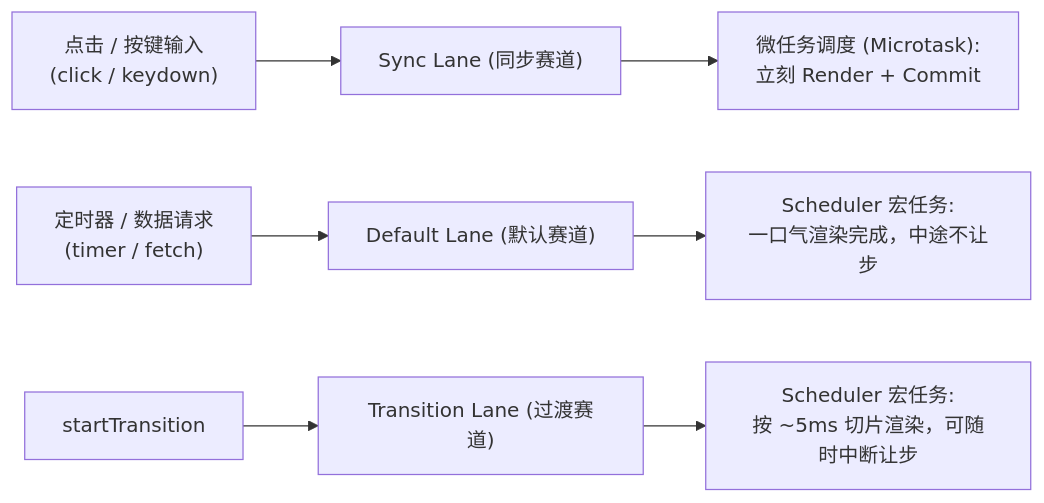
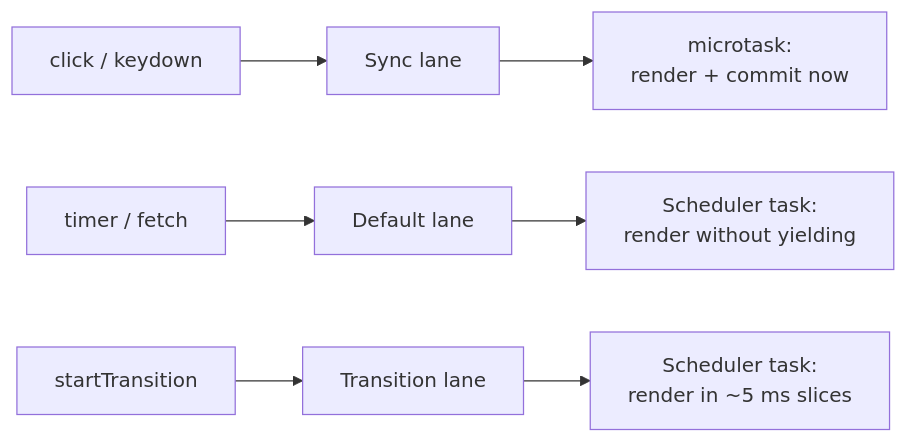
Before and after one commit to ZhaoTim/react-garden-zh: the first of 2 diagrams in content/react-concepts/07 Priorities, Transitions and Concurrency.md, drawn with Mermaid. The commit also changed other lines of this file and 12 other files, not shown here.

Commit message:
fix: restore all Mermaid diagrams to original English technical terms

````diff
--- a/content/react-concepts/07 Priorities, Transitions and Concurrency.md
+++ b/content/react-concepts/07 Priorities, Transitions and Concurrency.md
@@ -34,9 +34,9 @@
 ```mermaid
 flowchart LR
-  C["点击 / 按键输入<br/>(click / keydown)"] --> S["Sync Lane (同步赛道)"]
-  T["定时器 / 数据请求<br/>(timer / fetch)"] --> D["Default Lane (默认赛道)"]
-  ST["startTransition"] --> TR["Transition Lane (过渡赛道)"]
-  S --> M["微任务调度 (Microtask):<br/>立刻 Render + Commit"]
-  D --> Q["Scheduler 宏任务:<br/>一口气渲染完成，中途不让步"]
-  TR --> Y["Scheduler 宏任务:<br/>按 ~5ms 切片渲染，可随时中断让步"]
+  C["click / keydown"] --> S["Sync lane"]
+  T["timer / fetch"] --> D["Default lane"]
+  ST["startTransition"] --> TR["Transition lane"]
+  S --> M["microtask:<br/>render + commit now"]
+  D --> Q["Scheduler task:<br/>render without yielding"]
+  TR --> Y["Scheduler task:<br/>render in ~5 ms slices"]
 ```
````
